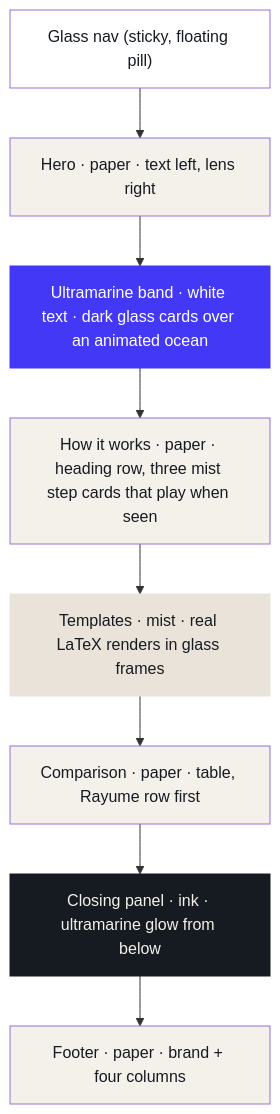
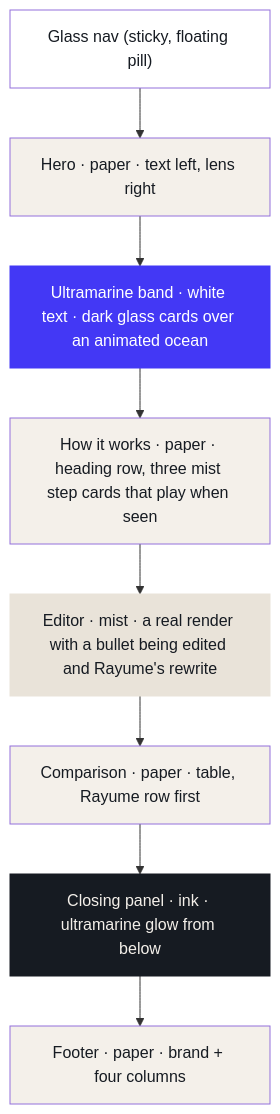
The second of 8 diagrams in docs/design/README.md (PUCTech/rayume), drawn with Mermaid before and after one commit. The commit also changed other lines of this file and 5 other files, not shown here.

````diff
--- a/docs/design/README.md
+++ b/docs/design/README.md
@@ -120,21 +120,21 @@
 ```mermaid
 flowchart TB
   nav["Glass nav (sticky, floating pill)"]
   hero["Hero · paper · text left, lens right"]
   band["Ultramarine band · white text · dark glass cards over an animated ocean"]
   how["How it works · paper · heading row, three mist step cards that play when seen"]
-  tpl["Templates · mist · real LaTeX renders in glass frames"]
+  ed["Editor · mist · a real render with a bullet being edited and Rayume's rewrite"]
   why["Comparison · paper · table, Rayume row first"]
   cta["Closing panel · ink · ultramarine glow from below"]
   foot["Footer · paper · brand + four columns"]
-  nav --> hero --> band --> how --> tpl --> why --> cta --> foot
+  nav --> hero --> band --> how --> ed --> why --> cta --> foot
 
   style band fill:#4338F5,color:#FFFFFF,stroke:#4338F5
-  style tpl fill:#E9E3D9,color:#161B22,stroke:#E9E3D9
+  style ed fill:#E9E3D9,color:#161B22,stroke:#E9E3D9
   style cta fill:#161B22,color:#F4F0EA,stroke:#161B22
   style hero fill:#F4F0EA,color:#161B22
   style how fill:#F4F0EA,color:#161B22
   style why fill:#F4F0EA,color:#161B22
   style foot fill:#F4F0EA,color:#161B22
   style nav fill:#FFFFFF,color:#161B22
 ```
````
